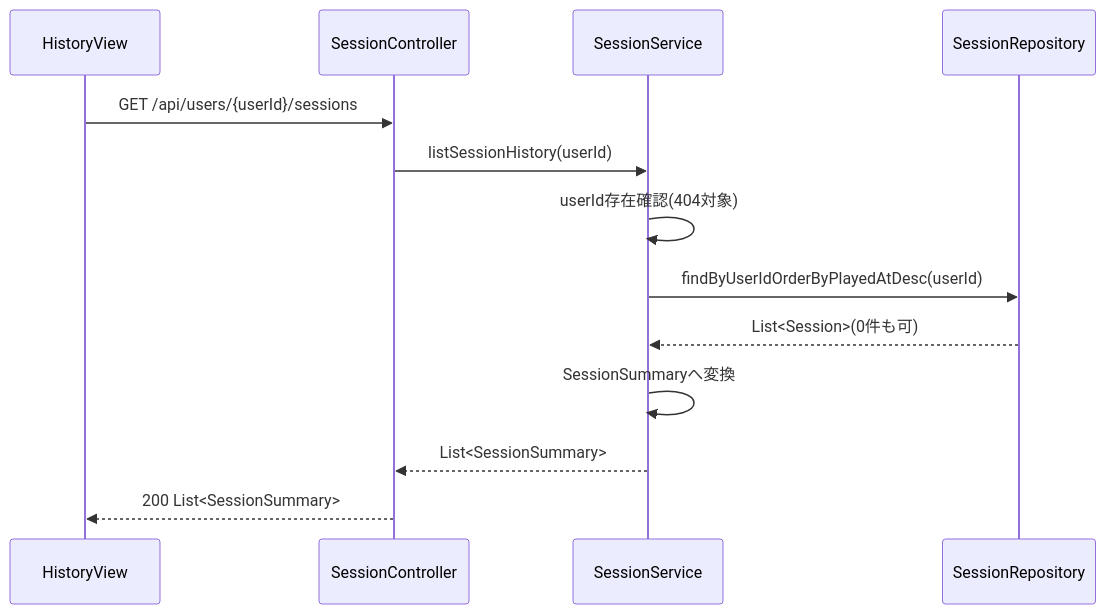
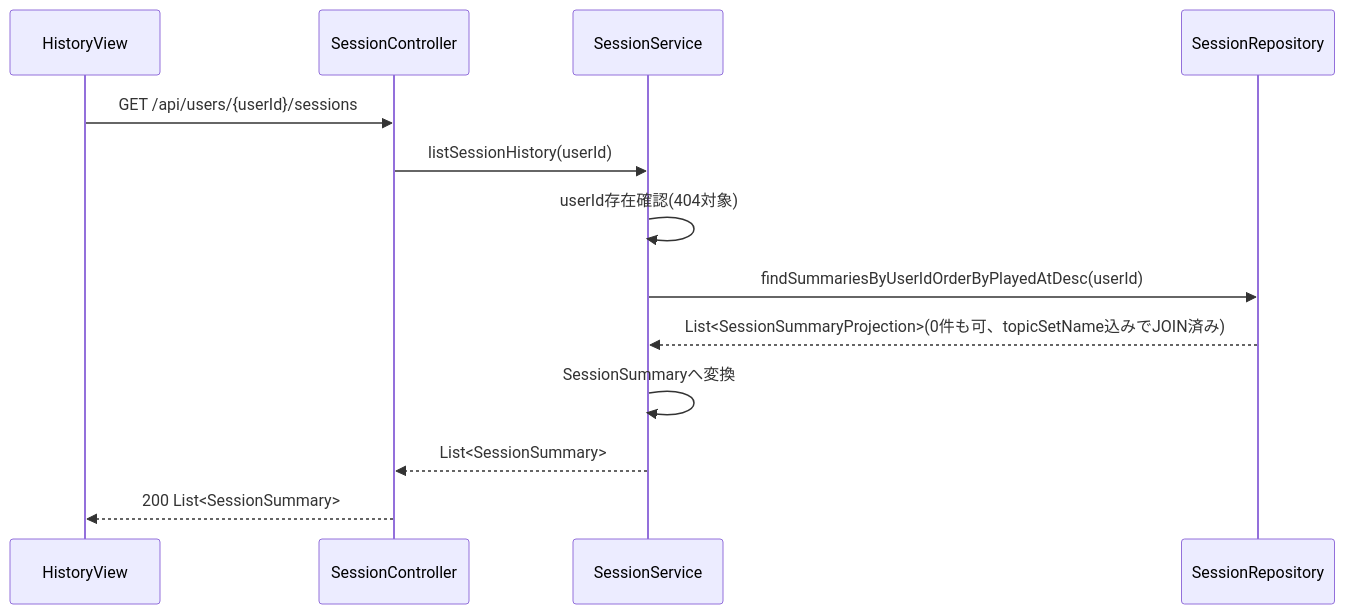
One commit to jelly1128/typing-app changed the second of 7 diagrams in docs/30_detail-design/sequence.md. Above: the diagram before and after it, drawn with Mermaid. The commit also changed 19 other files, not shown here.

````diff
--- a/docs/30_detail-design/sequence.md
+++ b/docs/30_detail-design/sequence.md
@@ -57,16 +57,16 @@
 ```mermaid
 sequenceDiagram
     participant View as HistoryView
     participant Ctrl as SessionController
     participant Svc as SessionService
     participant Repo as SessionRepository
 
     View->>Ctrl: GET /api/users/{userId}/sessions
     Ctrl->>Svc: listSessionHistory(userId)
     Svc->>Svc: userId存在確認(404対象)
-    Svc->>Repo: findByUserIdOrderByPlayedAtDesc(userId)
-    Repo-->>Svc: List<Session>(0件も可)
+    Svc->>Repo: findSummariesByUserIdOrderByPlayedAtDesc(userId)
+    Repo-->>Svc: List<SessionSummaryProjection>(0件も可、topicSetName込みでJOIN済み)
     Svc->>Svc: SessionSummaryへ変換
     Svc-->>Ctrl: List<SessionSummary>
     Ctrl-->>View: 200 List<SessionSummary>
 ```
````
